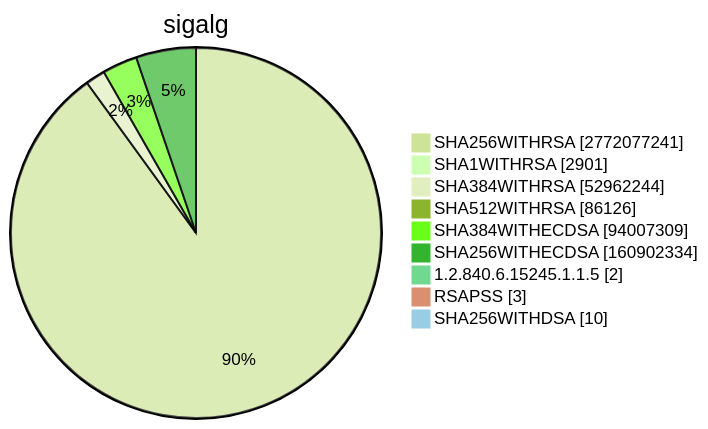
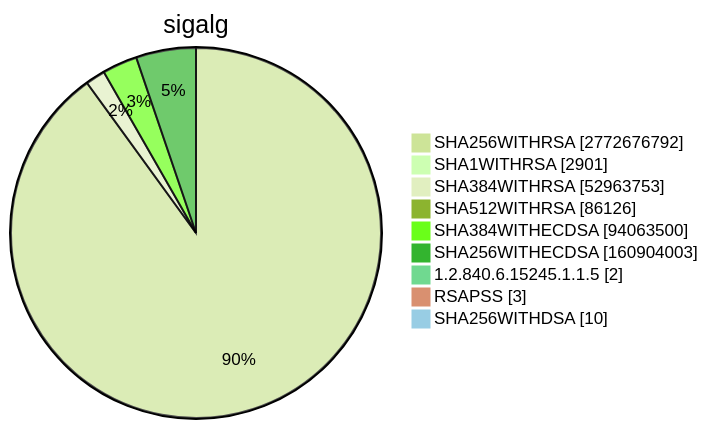
Diagram 15 of 15 in TOTAL/README.md (christiankrug/ctmonitor_visualization), drawn with Mermaid (forest theme) before and after one commit. The commit also changed other lines of this file, not shown here.

````diff
--- a/TOTAL/README.md
+++ b/TOTAL/README.md
@@ -6207,13 +6207,13 @@
 ```mermaid
 pie showData
 title sigalg
-"SHA256WITHRSA" :2772077241
+"SHA256WITHRSA" :2772676792
 "SHA1WITHRSA" :2901
-"SHA384WITHRSA" :52962244
+"SHA384WITHRSA" :52963753
 "SHA512WITHRSA" :86126
-"SHA384WITHECDSA" :94007309
-"SHA256WITHECDSA" :160902334
+"SHA384WITHECDSA" :94063500
+"SHA256WITHECDSA" :160904003
 "1.2.840.6.15245.1.1.5" :2
 "RSAPSS" :3
 "SHA256WITHDSA" :10
 ```
````
